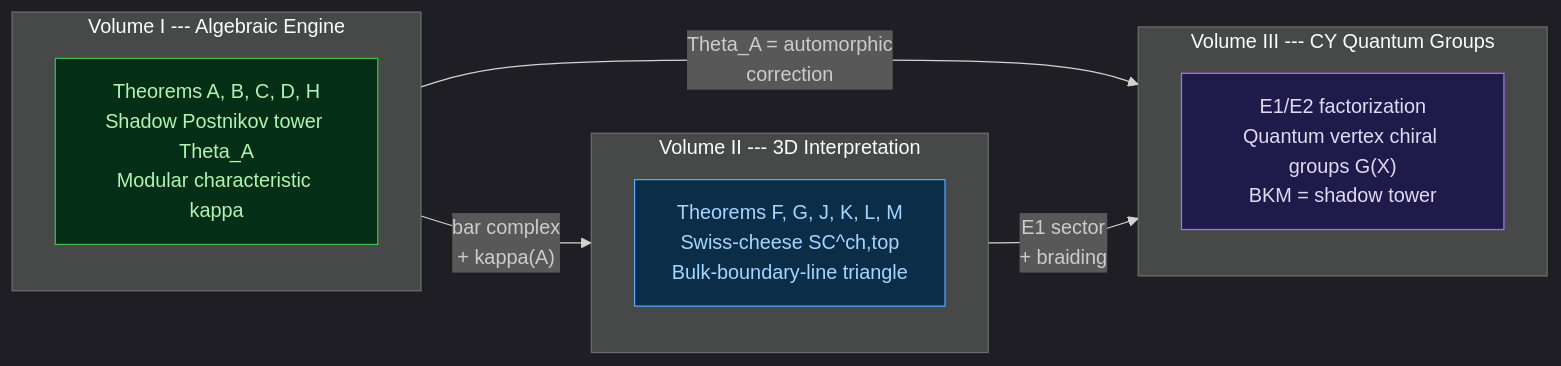
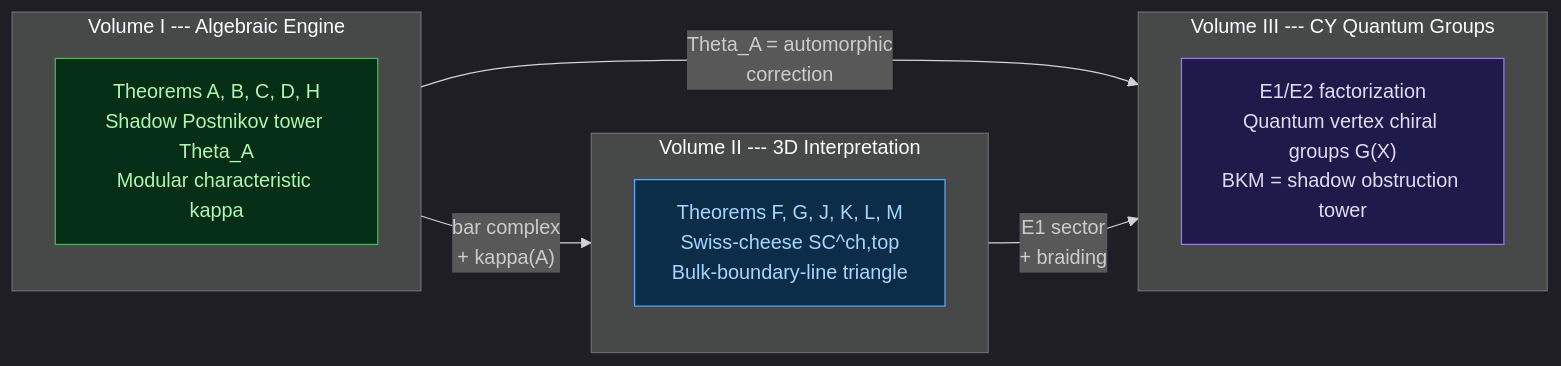
The first of 3 diagrams in README.md (raeez/calabi-yau-quantum-groups), drawn with Mermaid before and after one commit. The commit also changed other lines of this file and 73 other files, not shown here.

First line of the commit message:
Terminology rectification: shadow tower → shadow obstruction tower across all chapters, notes, compute modules, and working notes

````diff
--- a/README.md
+++ b/README.md
@@ -59,23 +59,23 @@
 ```mermaid
 %%{init:{'theme':'dark'}}%%
 graph LR
     subgraph V1["Volume I --- Algebraic Engine"]
         T1["Theorems A, B, C, D, H<br>Shadow Postnikov tower Theta_A<br>Modular characteristic kappa"]
     end
 
     subgraph V2["Volume II --- 3D Interpretation"]
         T2["Theorems F, G, J, K, L, M<br>Swiss-cheese SC^ch,top<br>Bulk-boundary-line triangle"]
     end
 
     subgraph V3["Volume III --- CY Quantum Groups"]
-        T3["E1/E2 factorization<br>Quantum vertex chiral groups G(X)<br>BKM = shadow tower"]
+        T3["E1/E2 factorization<br>Quantum vertex chiral groups G(X)<br>BKM = shadow obstruction tower"]
     end
 
     V1 -->|"bar complex<br>+ kappa(A)"| V2
     V1 -->|"Theta_A = automorphic<br>correction"| V3
     V2 -->|"E1 sector<br>+ braiding"| V3
 
     style T1 fill:#052e16,stroke:#3fb950,color:#aff5b4
     style T2 fill:#0c2d48,stroke:#58a6ff,color:#a5d6ff
     style T3 fill:#1e1b4b,stroke:#a371f7,color:#e2d9f3
 ```
````
